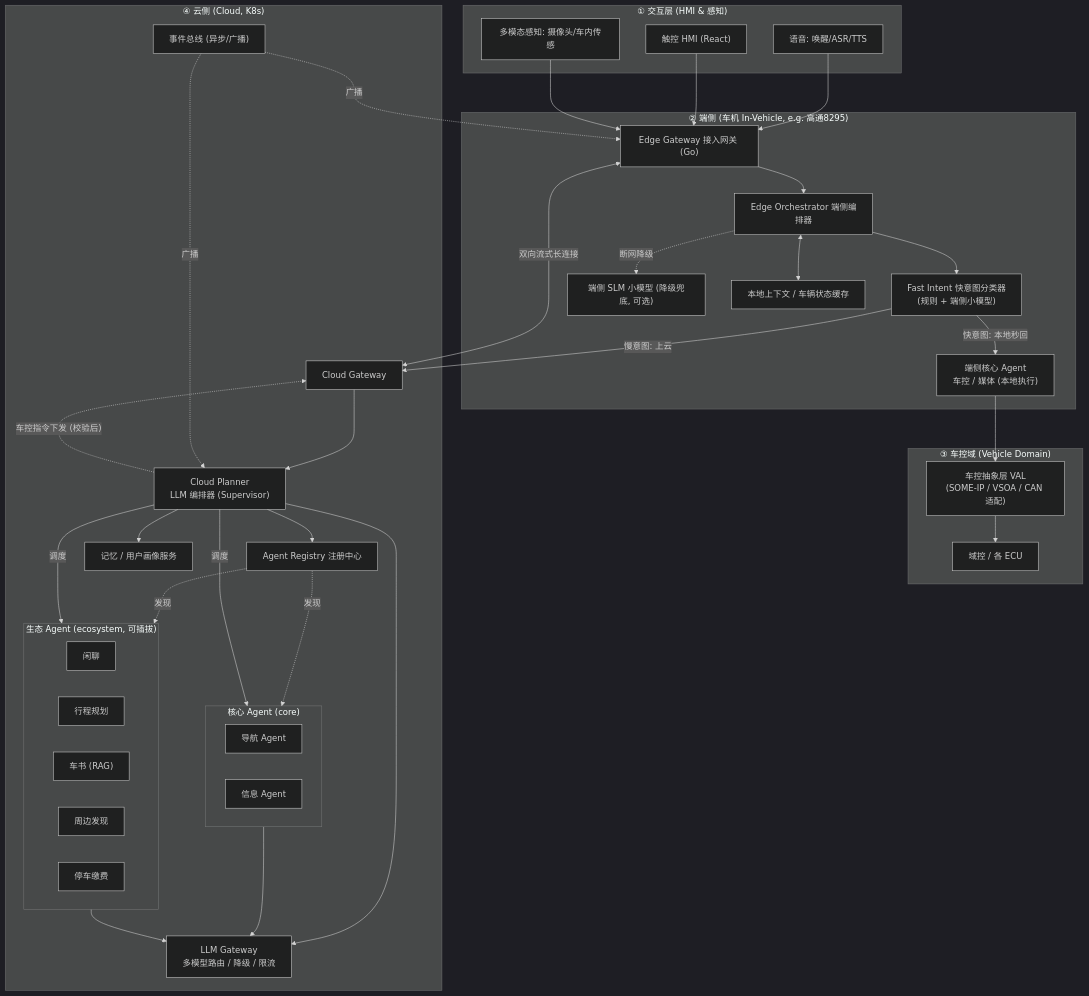
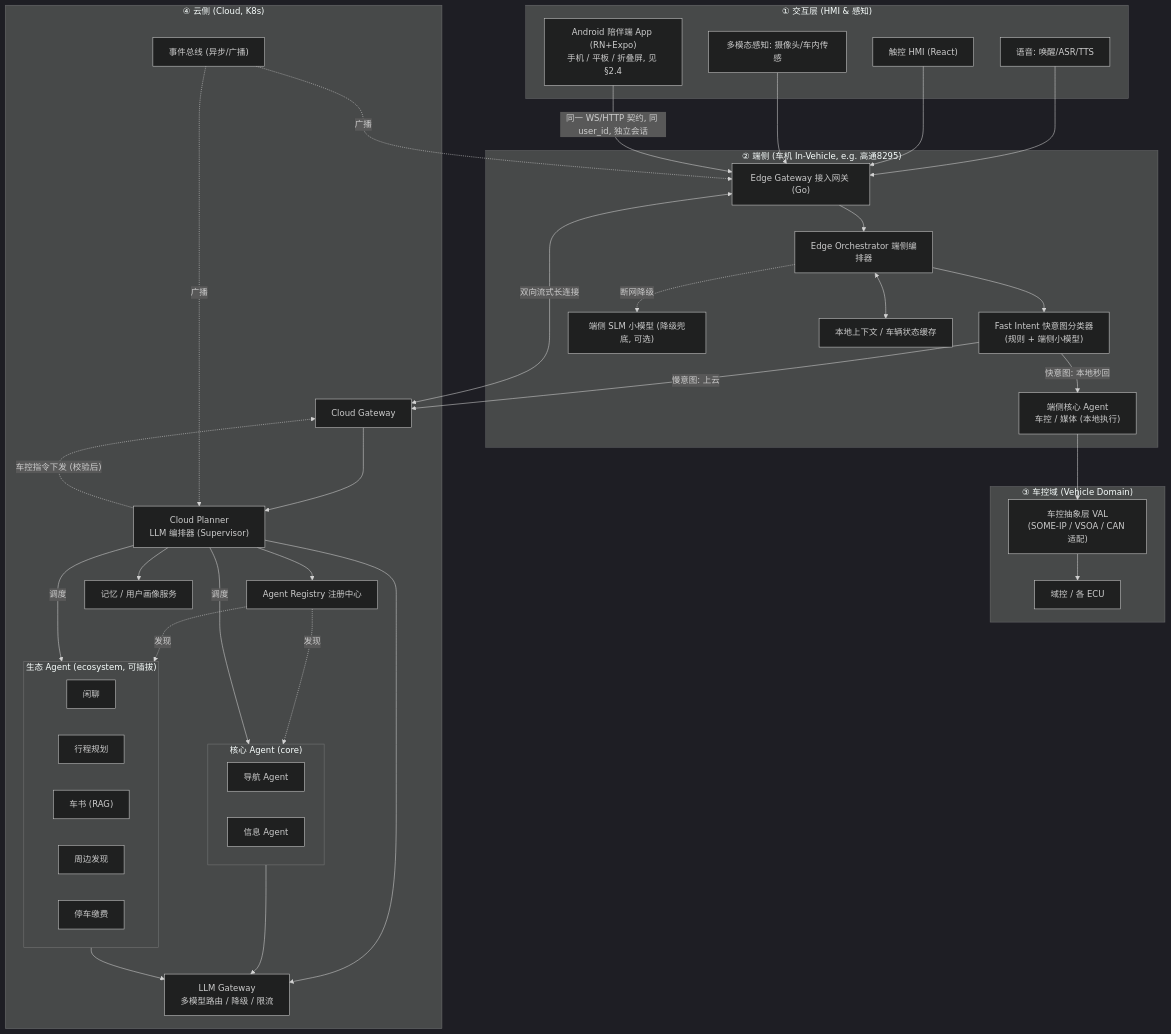
The first of 6 diagrams in docs/architecture/cockpit-agent-architecture.md (SuperdeMan/cockpit-agent), drawn with Mermaid (dark theme) before and after one commit. The commit also changed other lines of this file and 11 other files, not shown here.

First line of the commit message:
docs: surface the Android companion app in README and related docs

````diff
--- a/docs/architecture/cockpit-agent-architecture.md
+++ b/docs/architecture/cockpit-agent-architecture.md
@@ -54,60 +54,62 @@
 ```mermaid
 flowchart TB
     subgraph UI["① 交互层 (HMI & 感知)"]
         Voice["语音: 唤醒/ASR/TTS"]
         Touch["触控 HMI (React)"]
         Sensor["多模态感知: 摄像头/车内传感"]
+        App["Android 陪伴端 App (RN+Expo)<br/>手机 / 平板 / 折叠屏, 见 §2.4"]
     end
 
     subgraph EDGE["② 端侧 (车机 In-Vehicle, e.g. 高通8295)"]
         EdgeGW["Edge Gateway 接入网关 (Go)"]
         EdgeOrch["Edge Orchestrator 端侧编排器"]
         FastIntent["Fast Intent 快意图分类器<br/>(规则 + 端侧小模型)"]
         EdgeAgents["端侧核心 Agent<br/>车控 / 媒体 (本地执行)"]
         EdgeLLM["端侧 SLM 小模型 (降级兜底, 可选)"]
         LocalCtx["本地上下文 / 车辆状态缓存"]
     end
 
     subgraph VEH["③ 车控域 (Vehicle Domain)"]
         VAL["车控抽象层 VAL<br/>(SOME-IP / VSOA / CAN 适配)"]
         ECU["域控 / 各 ECU"]
     end
 
     subgraph CLOUD["④ 云侧 (Cloud, K8s)"]
         CloudGW["Cloud Gateway"]
         Planner["Cloud Planner<br/>LLM 编排器 (Supervisor)"]
         LLMGW["LLM Gateway<br/>多模型路由 / 降级 / 限流"]
         Registry["Agent Registry 注册中心"]
         Memory["记忆 / 用户画像服务"]
         Bus["事件总线 (异步/广播)"]
 
         subgraph CORE["核心 Agent (core)"]
             NavA["导航 Agent"]
             InfoA["信息 Agent"]
         end
         subgraph ECO["生态 Agent (ecosystem, 可插拔)"]
             ChatA["闲聊"]
             TripA["行程规划"]
             ManualA["车书 (RAG)"]
             NearA["周边发现"]
             ParkA["停车缴费"]
         end
     end
 
     Voice & Touch & Sensor --> EdgeGW
+    App -->|"同一 WS/HTTP 契约, 同 user_id, 独立会话"| EdgeGW
     EdgeGW --> EdgeOrch --> FastIntent
     FastIntent -->|"快意图: 本地秒回"| EdgeAgents --> VAL --> ECU
     FastIntent -->|"慢意图: 上云"| CloudGW
     EdgeOrch -.->|"断网降级"| EdgeLLM
     EdgeOrch <--> LocalCtx
     CloudGW <-->|"双向流式长连接"| EdgeGW
     CloudGW --> Planner
     Planner --> LLMGW
     Planner --> Registry
     Planner --> Memory
     Registry -.发现.-> CORE & ECO
     Planner -->|"调度"| CORE & ECO
     CORE & ECO --> LLMGW
     Planner -.->|"车控指令下发 (校验后)"| CloudGW
     Bus -.广播.-> Planner & EdgeGW
 ```
````
